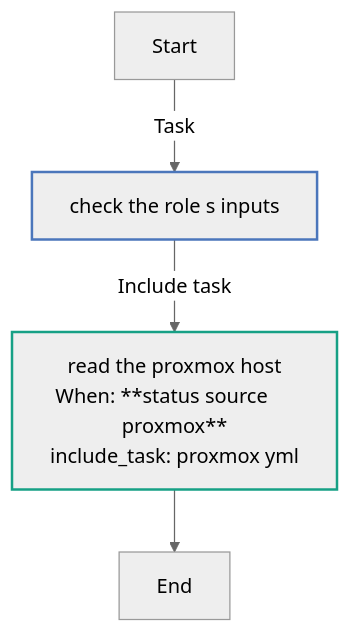
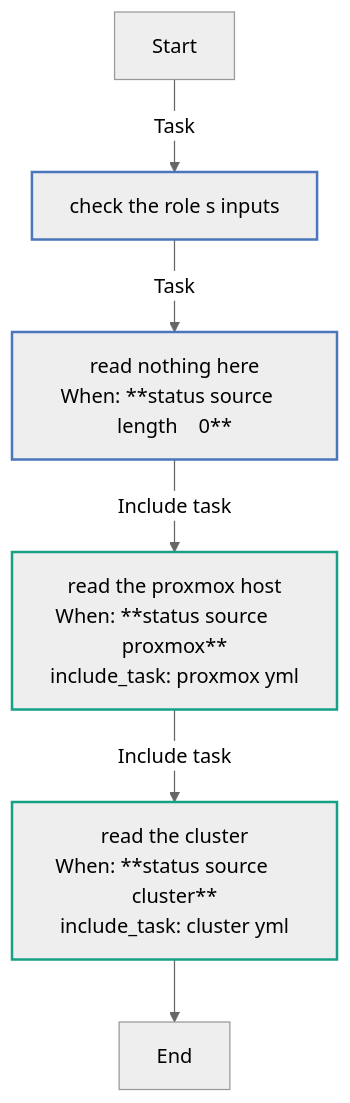
Before and after one commit to kawadeomkar/homeserver: the second of 4 diagrams in roles/status/REFERENCE.md, drawn with Mermaid (neutral theme). The commit also changed other lines of this file and 25 other files, not shown here.

First line of the commit message:
feat(status): the cluster and its apps in make status

````diff
--- a/roles/status/REFERENCE.md
+++ b/roles/status/REFERENCE.md
@@ -323,16 +606,18 @@
 ```mermaid
 flowchart TD
 Start
 classDef block stroke:#3498db,stroke-width:2px;
 classDef task stroke:#4b76bb,stroke-width:2px;
 classDef includeTasks stroke:#16a085,stroke-width:2px;
 classDef importTasks stroke:#34495e,stroke-width:2px;
 classDef includeRole stroke:#2980b9,stroke-width:2px;
 classDef importRole stroke:#699ba7,stroke-width:2px;
 classDef includeVars stroke:#8e44ad,stroke-width:2px;
 classDef rescue stroke:#665352,stroke-width:2px;
 
   Start-->|Task| Check_the_role_s_inputs0[check the role s inputs]:::task
-  Check_the_role_s_inputs0-->|Include task| Read_the_Proxmox_host_proxmox_yml_1[read the proxmox host<br>When: **status source     proxmox**<br>include_task: proxmox yml]:::includeTasks
-  Read_the_Proxmox_host_proxmox_yml_1-->End
+  Check_the_role_s_inputs0-->|Task| Read_nothing_here1[read nothing here<br>When: **status source   length    0**]:::task
+  Read_nothing_here1-->|Include task| Read_the_Proxmox_host_proxmox_yml_2[read the proxmox host<br>When: **status source     proxmox**<br>include_task: proxmox yml]:::includeTasks
+  Read_the_Proxmox_host_proxmox_yml_2-->|Include task| Read_the_cluster_cluster_yml_3[read the cluster<br>When: **status source     cluster**<br>include_task: cluster yml]:::includeTasks
+  Read_the_cluster_cluster_yml_3-->End
 ```
````
